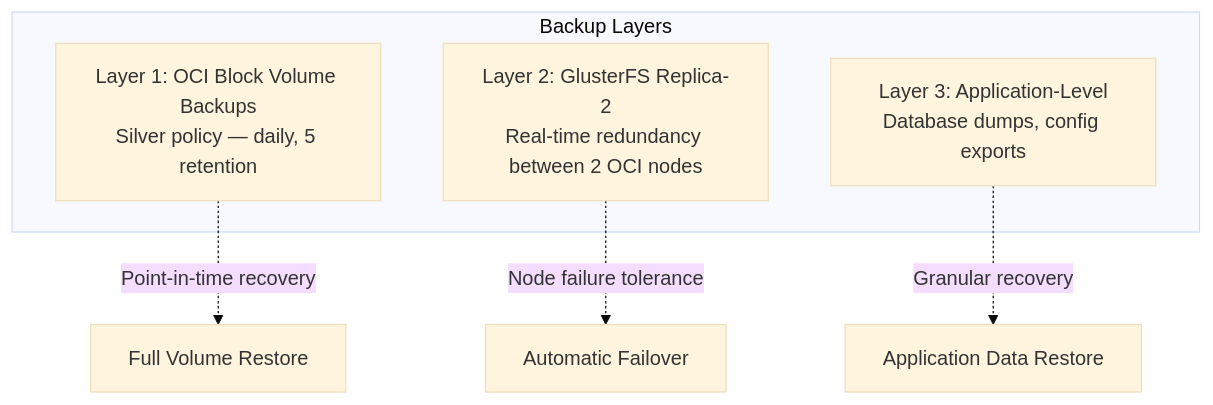
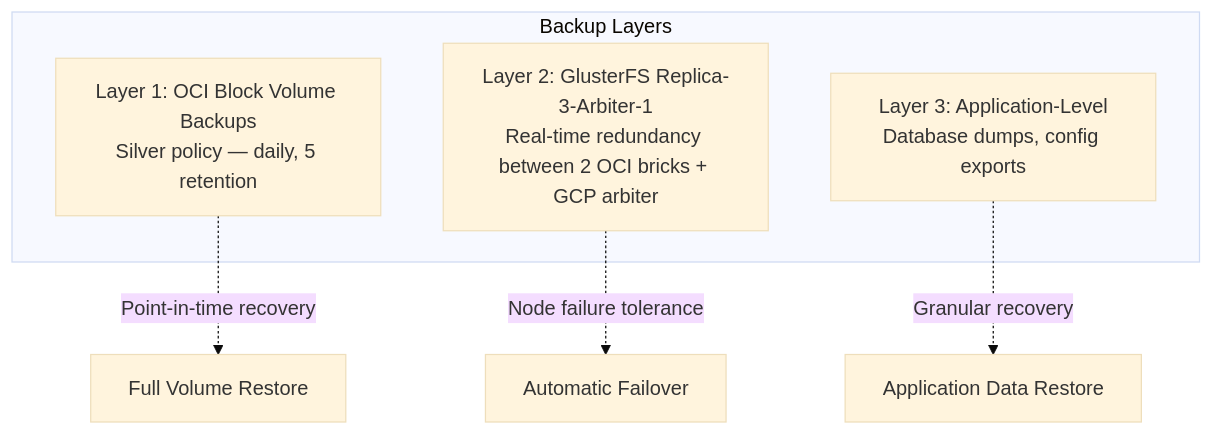
Before and after one commit to JoseStud/GoodOldMeServer: the diagram in docs/backup-strategy.md, drawn with Mermaid (base theme). The commit also changed other lines of this file and 19 other files, not shown here.

````diff
--- a/docs/backup-strategy.md
+++ b/docs/backup-strategy.md
@@ -7,12 +7,12 @@
 ```mermaid
 flowchart TD
     subgraph Backup Layers
         L1[Layer 1: OCI Block Volume Backups<br/>Silver policy — daily, 5 retention]
-        L2[Layer 2: GlusterFS Replica-2<br/>Real-time redundancy between 2 OCI nodes]
+        L2[Layer 2: GlusterFS Replica-3-Arbiter-1<br/>Real-time redundancy between 2 OCI bricks + GCP arbiter]
         L3[Layer 3: Application-Level<br/>Database dumps, config exports]
     end
 
     L1 -.->|Point-in-time recovery| RESTORE[Full Volume Restore]
     L2 -.->|Node failure tolerance| FAILOVER[Automatic Failover]
     L3 -.->|Granular recovery| APPDATA[Application Data Restore]
 ```
````
